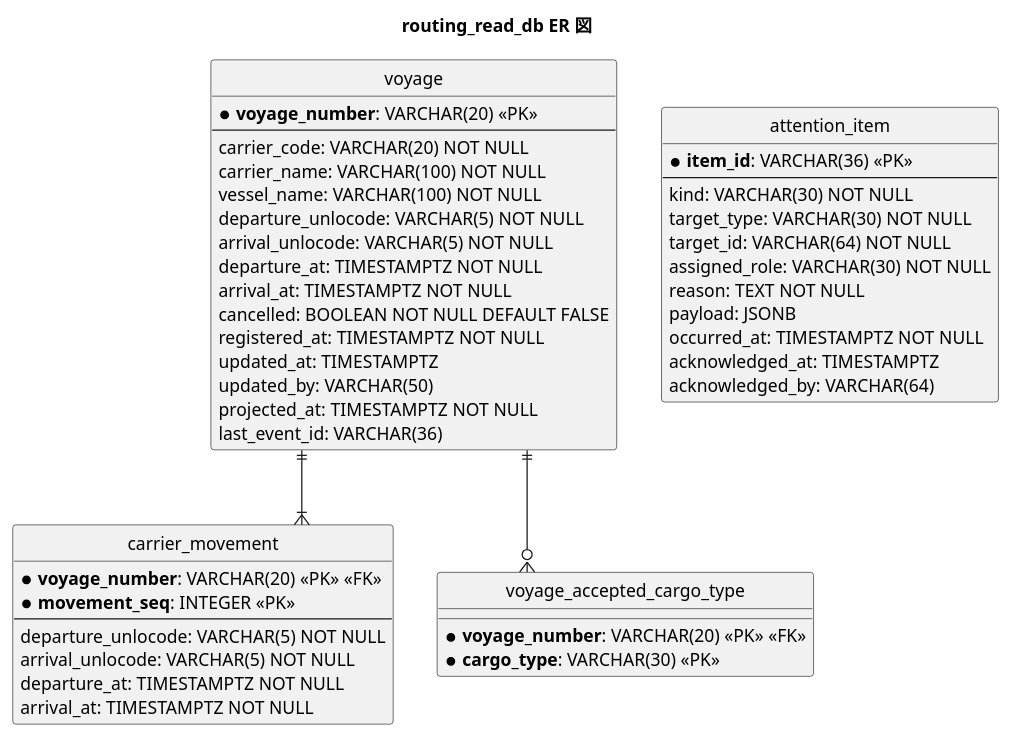
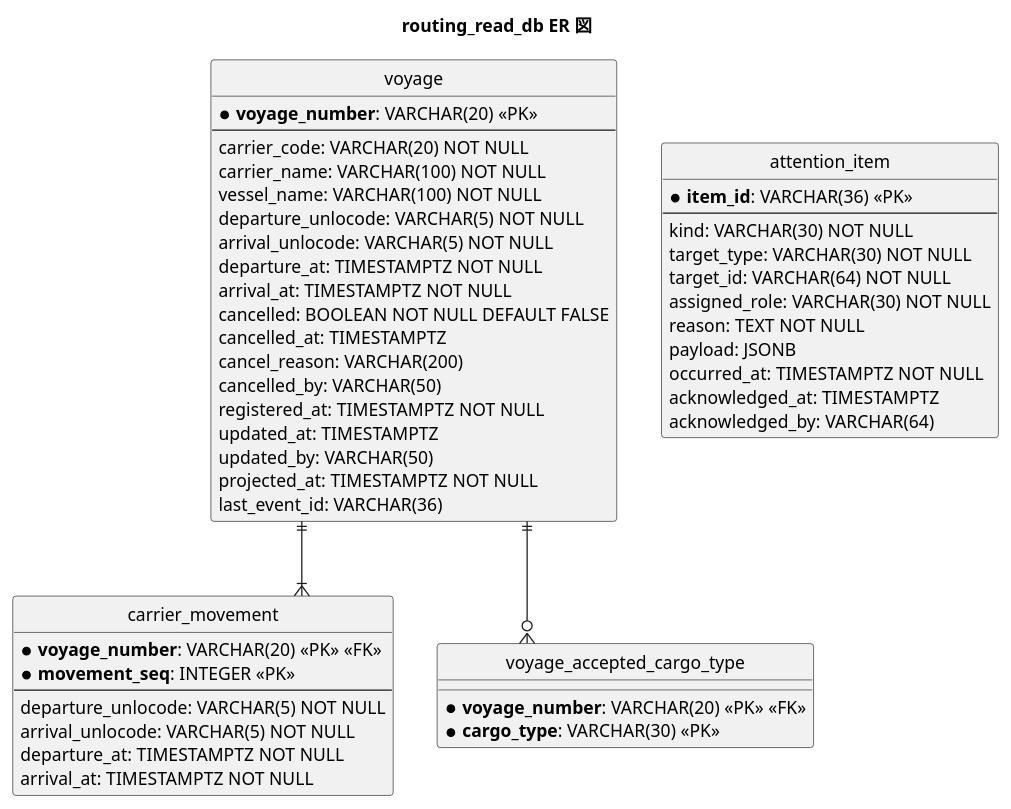
The fifth of 10 diagrams in docs/design/cargo-tracker/data-model.md (k2works/case-study-cargo-tracker), drawn with PlantUML before and after one commit. The commit also changed 21 other files, not shown here.

````diff
--- a/docs/design/cargo-tracker/data-model.md
+++ b/docs/design/cargo-tracker/data-model.md
@@ -391,59 +391,62 @@
 ```plantuml
 @startuml
 title routing_read_db ER 図
 
 hide circle
 skinparam linetype ortho
 
 entity "voyage" as v {
   * **voyage_number**: VARCHAR(20) <<PK>>
   --
   carrier_code: VARCHAR(20) NOT NULL
   carrier_name: VARCHAR(100) NOT NULL
   vessel_name: VARCHAR(100) NOT NULL
   departure_unlocode: VARCHAR(5) NOT NULL
   arrival_unlocode: VARCHAR(5) NOT NULL
   departure_at: TIMESTAMPTZ NOT NULL
   arrival_at: TIMESTAMPTZ NOT NULL
   cancelled: BOOLEAN NOT NULL DEFAULT FALSE
+  cancelled_at: TIMESTAMPTZ
+  cancel_reason: VARCHAR(200)
+  cancelled_by: VARCHAR(50)
   registered_at: TIMESTAMPTZ NOT NULL
   updated_at: TIMESTAMPTZ
   updated_by: VARCHAR(50)
   projected_at: TIMESTAMPTZ NOT NULL
   last_event_id: VARCHAR(36)
 }
 
 entity "carrier_movement" as cm {
   * **voyage_number**: VARCHAR(20) <<PK>> <<FK>>
   * **movement_seq**: INTEGER <<PK>>
   --
   departure_unlocode: VARCHAR(5) NOT NULL
   arrival_unlocode: VARCHAR(5) NOT NULL
   departure_at: TIMESTAMPTZ NOT NULL
   arrival_at: TIMESTAMPTZ NOT NULL
 }
 
 entity "voyage_accepted_cargo_type" as act {
   * **voyage_number**: VARCHAR(20) <<PK>> <<FK>>
   * **cargo_type**: VARCHAR(30) <<PK>>
 }
 
 ' 追記専用の受け皿。投影ではないので voyage とは関連を張らない
 entity "attention_item" as ai {
   * **item_id**: VARCHAR(36) <<PK>>
   --
   kind: VARCHAR(30) NOT NULL
   target_type: VARCHAR(30) NOT NULL
   target_id: VARCHAR(64) NOT NULL
   assigned_role: VARCHAR(30) NOT NULL
   reason: TEXT NOT NULL
   payload: JSONB
   occurred_at: TIMESTAMPTZ NOT NULL
   acknowledged_at: TIMESTAMPTZ
   acknowledged_by: VARCHAR(64)
 }
 
 v ||--|{ cm
 v ||--o{ act
 @enduml
 ```
````
